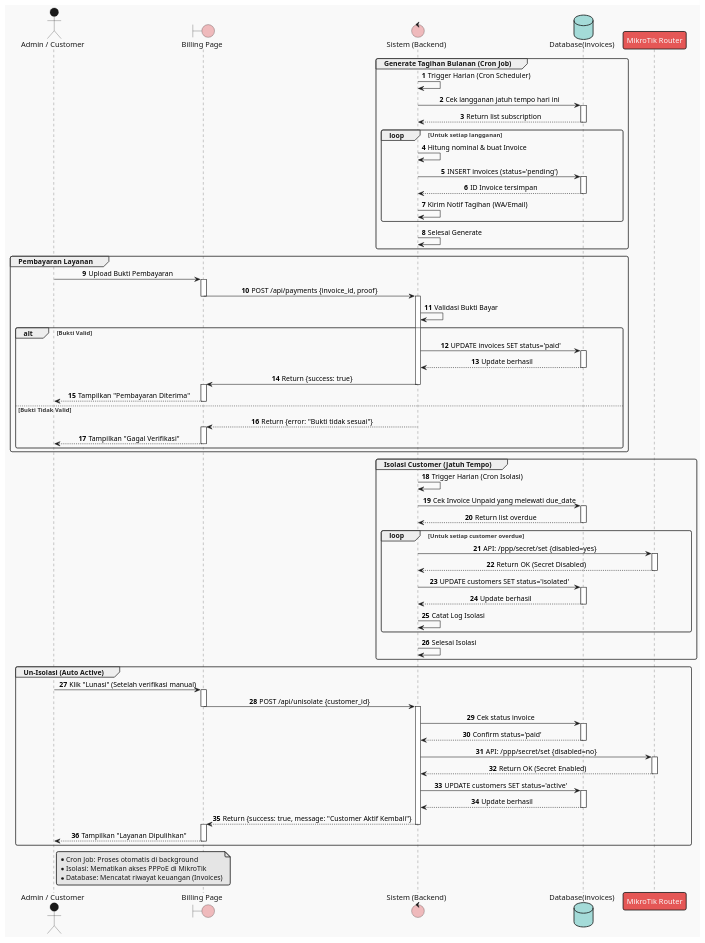
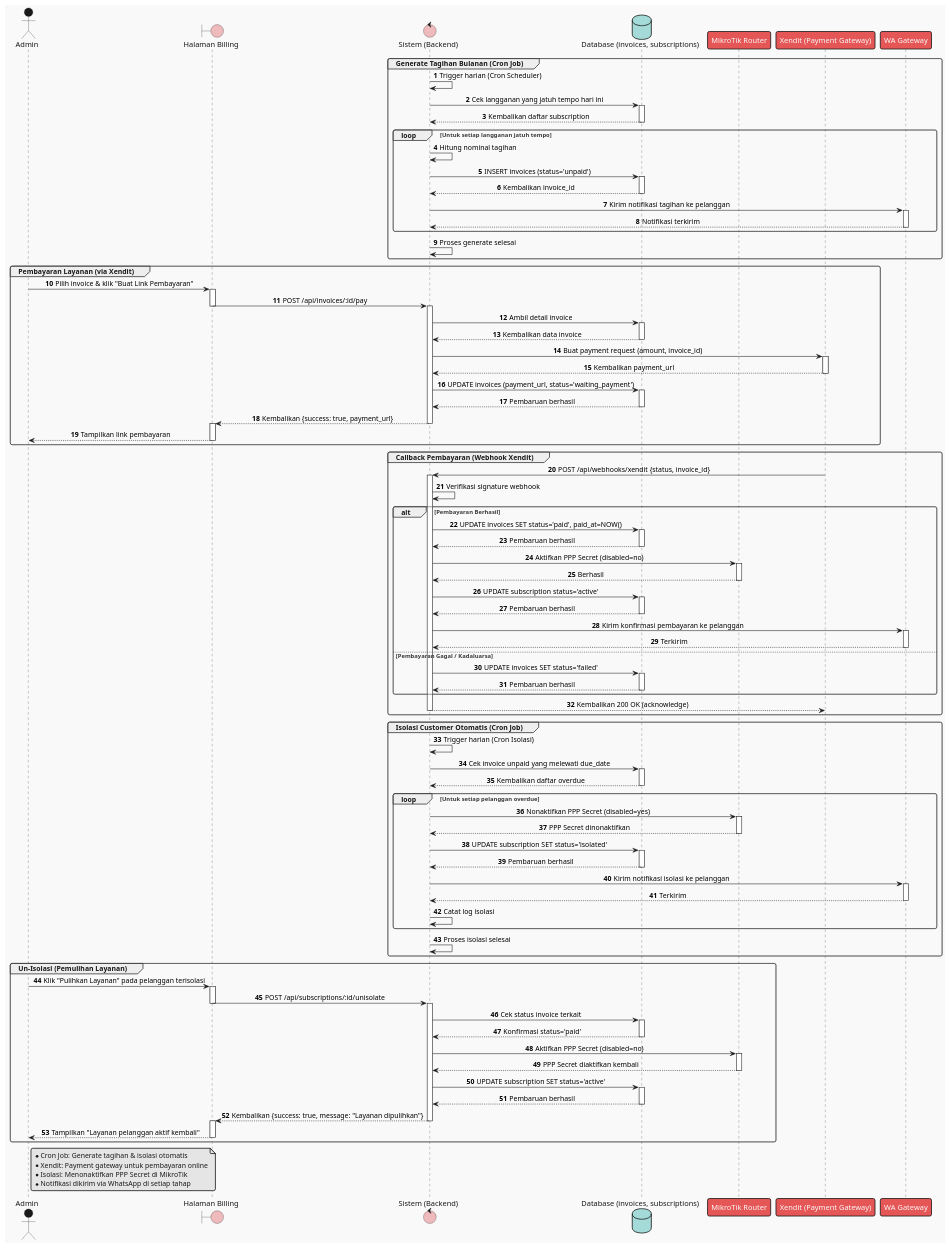
The diagram in diagram/sequence/05_billing.puml (quiqxiq/mikmongo), drawn with PlantUML before and after one commit. The commit also changed 31 other files, not shown here.

```diff
--- a/diagram/sequence/05_billing.puml
+++ b/diagram/sequence/05_billing.puml
@@ -1,125 +1,177 @@
 @startuml
 !theme mars
 autonumber
 skinparam sequenceMessageAlign center
 
 ' Definisi Partisipan
-actor "Admin / Customer" as User
-boundary "Billing Page" as UI
+actor "Admin" as User
+boundary "Halaman Billing" as UI
 control "Sistem (Backend)" as System
-database "Database(invoices)" as DB
+database "Database (invoices, subscriptions)" as DB
 participant "MikroTik Router" as MT
+participant "Xendit (Payment Gateway)" as PG
+participant "WA Gateway" as WA
 
 ' ================= FLOW 1: GENERATE TAGIHAN (CRON) =================
 group Generate Tagihan Bulanan (Cron Job)
-    System -> System : Trigger Harian (Cron Scheduler)
-    
-    System -> DB : Cek langganan jatuh tempo hari ini
+    System -> System : Trigger harian (Cron Scheduler)
+
+    System -> DB : Cek langganan yang jatuh tempo hari ini
     activate DB
-    DB --> System : Return list subscription
+    DB --> System : Kembalikan daftar subscription
     deactivate DB
-    
-    loop Untuk setiap langganan
-        System -> System : Hitung nominal & buat Invoice
-        System -> DB : INSERT invoices (status='pending')
+
+    loop Untuk setiap langganan jatuh tempo
+        System -> System : Hitung nominal tagihan
+        System -> DB : INSERT invoices (status='unpaid')
         activate DB
-        DB --> System : ID Invoice tersimpan
+        DB --> System : Kembalikan invoice_id
         deactivate DB
-        System -> System : Kirim Notif Tagihan (WA/Email)
+
+        System -> WA : Kirim notifikasi tagihan ke pelanggan
+        activate WA
+        WA --> System : Notifikasi terkirim
+        deactivate WA
     end
-    
-    System -> System : Selesai Generate
+
+    System -> System : Proses generate selesai
 end
 
-' ================= FLOW 2: PEMBAYARAN & VERIFIKASI =================
-group Pembayaran Layanan
-    User -> UI : Upload Bukti Pembayaran
+' ================= FLOW 2: PEMBAYARAN VIA PAYMENT GATEWAY =================
+group Pembayaran Layanan (via Xendit)
+    User -> UI : Pilih invoice & klik "Buat Link Pembayaran"
     activate UI
-    UI -> System : POST /api/payments {invoice_id, proof}
+    UI -> System : POST /api/invoices/:id/pay
     deactivate UI
     activate System
-    
-    System -> System : Validasi Bukti Bayar
-    alt Bukti Valid
-        System -> DB : UPDATE invoices SET status='paid'
-        activate DB
-        DB --> System : Update berhasil
-        deactivate DB
-        
-        System -> UI : Return {success: true}
-        deactivate System
-        activate UI
-        UI --> User : Tampilkan "Pembayaran Diterima"
-        deactivate UI
-    else Bukti Tidak Valid
-        System --> UI : Return {error: "Bukti tidak sesuai"}
-        deactivate System
-        activate UI
-        UI --> User : Tampilkan "Gagal Verifikasi"
-        deactivate UI
-    end
+
+    System -> DB : Ambil detail invoice
+    activate DB
+    DB --> System : Kembalikan data invoice
+    deactivate DB
+
+    System -> PG : Buat payment request (amount, invoice_id)
+    activate PG
+    PG --> System : Kembalikan payment_url
+    deactivate PG
+
+    System -> DB : UPDATE invoices (payment_url, status='waiting_payment')
+    activate DB
+    DB --> System : Pembaruan berhasil
+    deactivate DB
+
+    System --> UI : Kembalikan {success: true, payment_url}
+    deactivate System
+    activate UI
+    UI --> User : Tampilkan link pembayaran
+    deactivate UI
 end
 
-' ================= FLOW 3: ISOLASI (JATUH TEMPO) =================
-group Isolasi Customer (Jatuh Tempo)
-    System -> System : Trigger Harian (Cron Isolasi)
-    
-    System -> DB : Cek Invoice Unpaid yang melewati due_date
-    activate DB
-    DB --> System : Return list overdue
-    deactivate DB
-    
-    loop Untuk setiap customer overdue
-        System -> MT : API: /ppp/secret/set {disabled=yes}
+' ================= FLOW 3: CALLBACK PEMBAYARAN =================
+group Callback Pembayaran (Webhook Xendit)
+    PG -> System : POST /api/webhooks/xendit {status, invoice_id}
+    activate System
+
+    System -> System : Verifikasi signature webhook
+
+    alt Pembayaran Berhasil
+        System -> DB : UPDATE invoices SET status='paid', paid_at=NOW()
+        activate DB
+        DB --> System : Pembaruan berhasil
+        deactivate DB
+
+        System -> MT : Aktifkan PPP Secret (disabled=no)
         activate MT
-        MT --> System : Return OK (Secret Disabled)
+        MT --> System : Berhasil
         deactivate MT
-        
-        System -> DB : UPDATE customers SET status='isolated'
+
+        System -> DB : UPDATE subscription status='active'
         activate DB
-        DB --> System : Update berhasil
+        DB --> System : Pembaruan berhasil
         deactivate DB
-        
-        System -> System : Catat Log Isolasi
+
+        System -> WA : Kirim konfirmasi pembayaran ke pelanggan
+        activate WA
+        WA --> System : Terkirim
+        deactivate WA
+
+    else Pembayaran Gagal / Kadaluarsa
+        System -> DB : UPDATE invoices SET status='failed'
+        activate DB
+        DB --> System : Pembaruan berhasil
+        deactivate DB
     end
-    
-    System -> System : Selesai Isolasi
+
+    System --> PG : Kembalikan 200 OK (acknowledge)
+    deactivate System
 end
 
-' ================= FLOW 4: UN-ISOLASI (PEMBAYARAN LUNAS) =================
-group Un-Isolasi (Auto Active)
-    User -> UI : Klik "Lunasi" (Setelah verifikasi manual)
+' ================= FLOW 4: ISOLASI (JATUH TEMPO) =================
+group Isolasi Customer Otomatis (Cron Job)
+    System -> System : Trigger harian (Cron Isolasi)
+
+    System -> DB : Cek invoice unpaid yang melewati due_date
+    activate DB
+    DB --> System : Kembalikan daftar overdue
+    deactivate DB
+
+    loop Untuk setiap pelanggan overdue
+        System -> MT : Nonaktifkan PPP Secret (disabled=yes)
+        activate MT
+        MT --> System : PPP Secret dinonaktifkan
+        deactivate MT
+
+        System -> DB : UPDATE subscription SET status='isolated'
+        activate DB
+        DB --> System : Pembaruan berhasil
+        deactivate DB
+
+        System -> WA : Kirim notifikasi isolasi ke pelanggan
+        activate WA
+        WA --> System : Terkirim
+        deactivate WA
+
+        System -> System : Catat log isolasi
+    end
+
+    System -> System : Proses isolasi selesai
+end
+
+' ================= FLOW 5: UN-ISOLASI (PEMBAYARAN LUNAS) =================
+group Un-Isolasi (Pemulihan Layanan)
+    User -> UI : Klik "Pulihkan Layanan" pada pelanggan terisolasi
     activate UI
-    UI -> System : POST /api/unisolate {customer_id}
+    UI -> System : POST /api/subscriptions/:id/unisolate
     deactivate UI
     activate System
-    
-    System -> DB : Cek status invoice
+
+    System -> DB : Cek status invoice terkait
     activate DB
-    DB --> System : Confirm status='paid'
+    DB --> System : Konfirmasi status='paid'
     deactivate DB
-    
-    System -> MT : API: /ppp/secret/set {disabled=no}
+
+    System -> MT : Aktifkan PPP Secret (disabled=no)
     activate MT
-    MT --> System : Return OK (Secret Enabled)
+    MT --> System : PPP Secret diaktifkan kembali
     deactivate MT
-    
-    System -> DB : UPDATE customers SET status='active'
+
+    System -> DB : UPDATE subscription SET status='active'
     activate DB
-    DB --> System : Update berhasil
+    DB --> System : Pembaruan berhasil
     deactivate DB
-    
-    System --> UI : Return {success: true, message: "Customer Aktif Kembali"}
+
+    System --> UI : Kembalikan {success: true, message: "Layanan dipulihkan"}
     deactivate System
     activate UI
-    UI --> User : Tampilkan "Layanan Dipulihkan"
+    UI --> User : Tampilkan "Layanan pelanggan aktif kembali"
     deactivate UI
 end
 
 note right of User
-  * Cron Job: Proses otomatis di background
-  * Isolasi: Mematikan akses PPPoE di MikroTik
-  * Database: Mencatat riwayat keuangan (Invoices)
+  * Cron Job: Generate tagihan & isolasi otomatis
+  * Xendit: Payment gateway untuk pembayaran online
+  * Isolasi: Menonaktifkan PPP Secret di MikroTik
+  * Notifikasi dikirim via WhatsApp di setiap tahap
 end note
 
 @enduml
```
